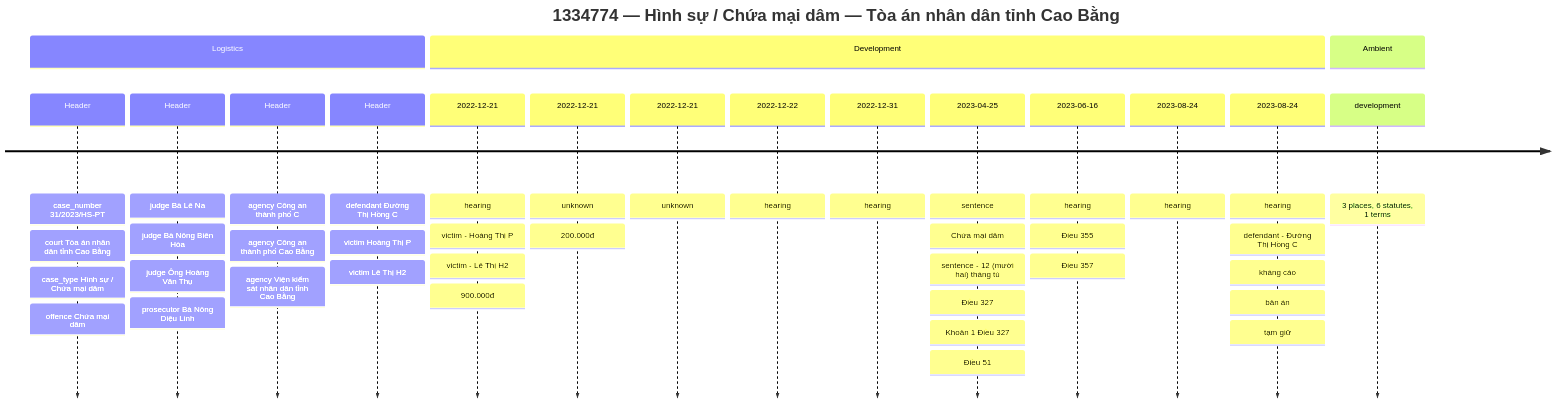
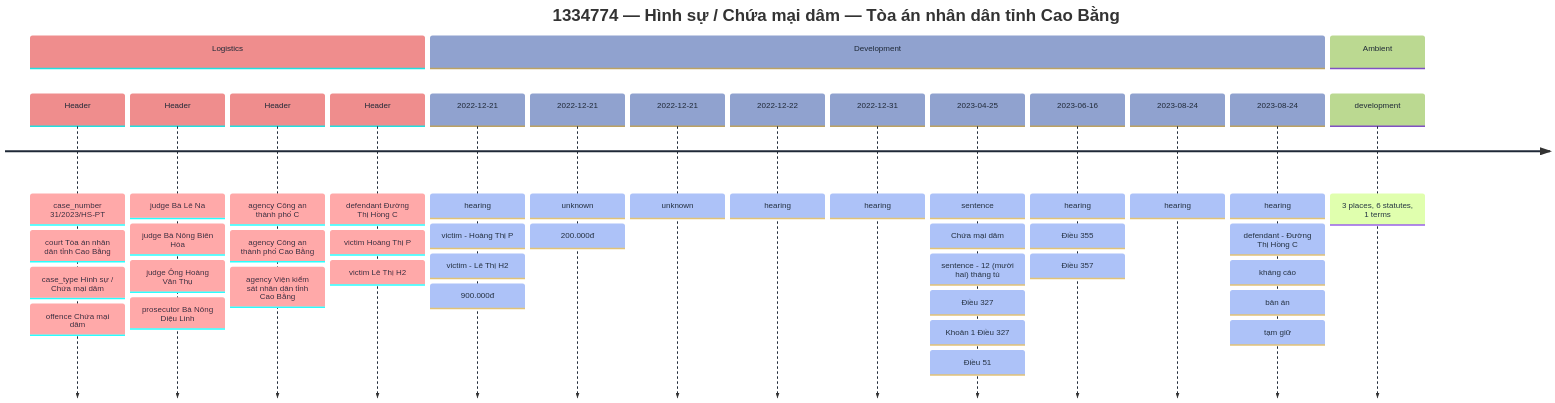
Before and after one commit to tmquan/ViLA: the fourth of 4 diagrams in wiki/TIMELINE.md, drawn with Mermaid. The commit also changed other lines of this file and 22 other files, not shown here.

````diff
--- a/wiki/TIMELINE.md
+++ b/wiki/TIMELINE.md
@@ -974,21 +974,22 @@
 ```mermaid
+%%{init: {"theme":"base", "themeVariables":{"cScale0":"#EF8D8D","cScaleLabel0":"#1F2937","cScale1":"#90A2CF","cScaleLabel1":"#1F2937","cScale2":"#BBD991","cScaleLabel2":"#1F2937","cScale3":"#D27FC8","cScaleLabel3":"#1F2937","cScale4":"#9BE4D8","cScaleLabel4":"#1F2937","cScale5":"#DFB380","cScaleLabel5":"#1F2937","cScale6":"#BEAEEF","cScaleLabel6":"#1F2937","cScale7":"#88CF85","cScaleLabel7":"#1F2937","cScale8":"#FD91B5","cScaleLabel8":"#1F2937","cScale9":"#94D3F8","cScaleLabel9":"#1F2937","cScale10":"#E8EDAB","cScaleLabel10":"#1F2937","cScale11":"#D587EA","cScaleLabel11":"#1F2937"}}}%%
 timeline
     title 1334774 — Hình sự / Chứa mại dâm — Tòa án nhân dân tỉnh Cao Bằng
     section Logistics
         Header : case_number 31/2023/HS-PT : court Tòa án nhân dân tỉnh Cao Bằng : case_type Hình sự / Chứa mại dâm : offence Chứa mại dâm
         Header : judge Bà Lê Na : judge Bà Nông Biên Hòa : judge Ông Hoàng Văn Thụ : prosecutor Bà Nông Diệu Linh
         Header : agency Công an thành phố C : agency Công an thành phố Cao Bằng : agency Viện kiểm sát nhân dân tỉnh Cao Bằng
         Header : defendant Đường Thị Hồng C : victim Hoàng Thị P : victim Lê Thị H2
     section Development
         2022-12-21 : hearing : victim - Hoàng Thị P : victim - Lê Thị H2 : 900.000đ
         2022-12-21 : unknown : 200.000đ
         2022-12-21 : unknown
         2022-12-22 : hearing
         2022-12-31 : hearing
         2023-04-25 : sentence : Chứa mại dâm : sentence - 12 (mười hai) tháng tù : Điều 327 : Khoản 1 Điều 327 : Điều 51
         2023-06-16 : hearing : Điều 355 : Điều 357
         2023-08-24 : hearing
         2023-08-24 : hearing : defendant - Đường Thị Hồng C : kháng cáo : bản án : tạm giữ
     section Ambient
         development : 3 places, 6 statutes, 1 terms
 ```
````
